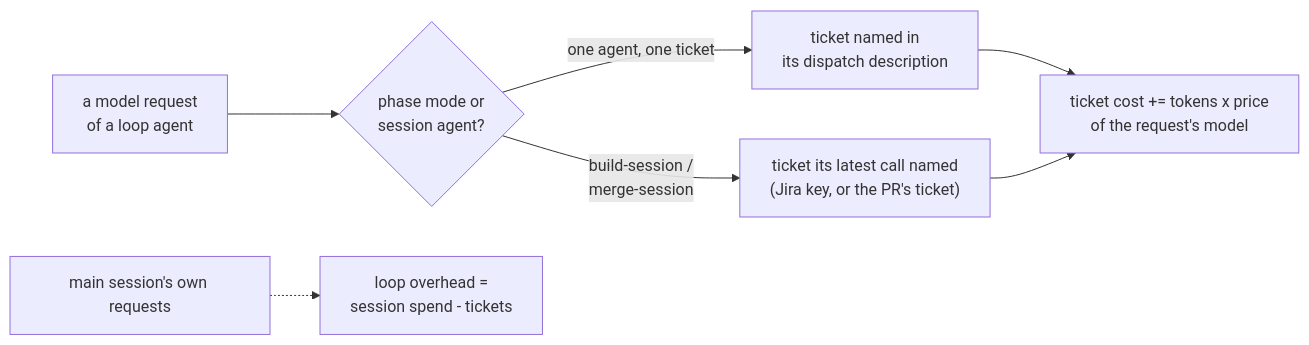
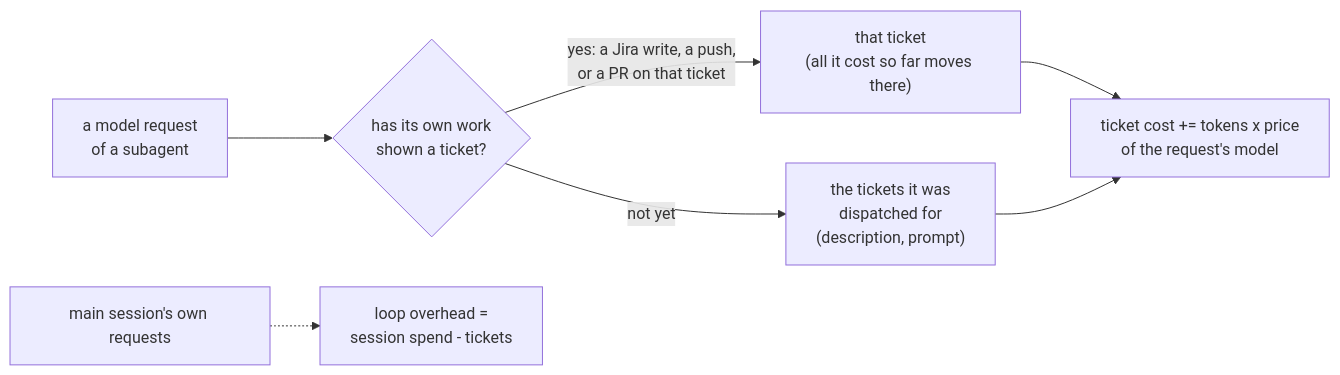
One commit to cedricfarinazzo/agile-skills changed the diagram in agile-mods/docs/console.md. Above: the diagram before and after it, drawn with Mermaid. The commit also changed other lines of this file and 35 other files, not shown here.

First line of the commit message:
feat(mods)!: per-ticket cost cap replaces the run budget (#89)

````diff
--- a/agile-mods/docs/console.md
+++ b/agile-mods/docs/console.md
@@ -63,9 +64,9 @@
 ```mermaid
 flowchart LR
-  R["a model request<br/>of a loop agent"] --> P{"phase mode or<br/>session agent?"}
-  P -- "one agent, one ticket" --> D["ticket named in<br/>its dispatch description"]
-  P -- "build-session /<br/>merge-session" --> C["ticket its latest call named<br/>(Jira key, or the PR's ticket)"]
-  D --> T["ticket cost += tokens x price<br/>of the request's model"]
+  R["a model request<br/>of a subagent"] --> W{"has its own work<br/>shown a ticket?"}
+  W -- "yes: a Jira write, a push,<br/>or a PR on that ticket" --> S["that ticket<br/>(all it cost so far moves there)"]
+  W -- "not yet" --> C["the tickets it was<br/>dispatched for<br/>(description, prompt)"]
+  S --> T["ticket cost += tokens x price<br/>of the request's model"]
   C --> T
   M["main session's own requests"] -.-> O["loop overhead =<br/>session spend - tickets"]
 ```
````
